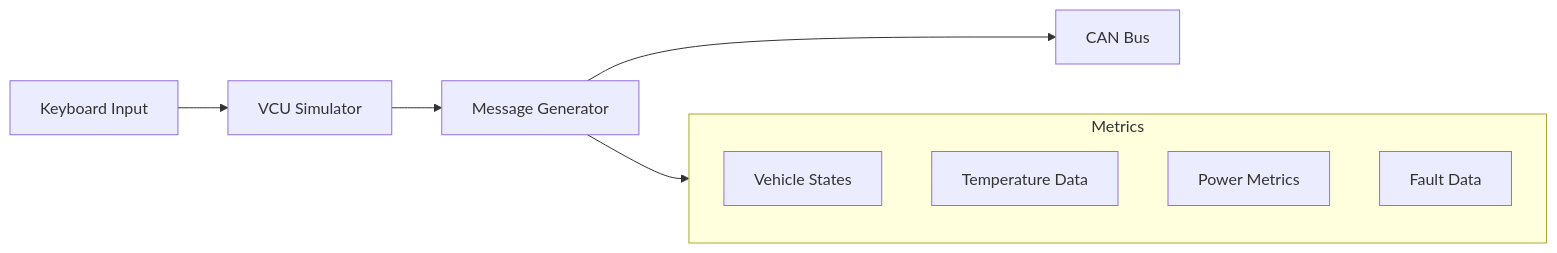
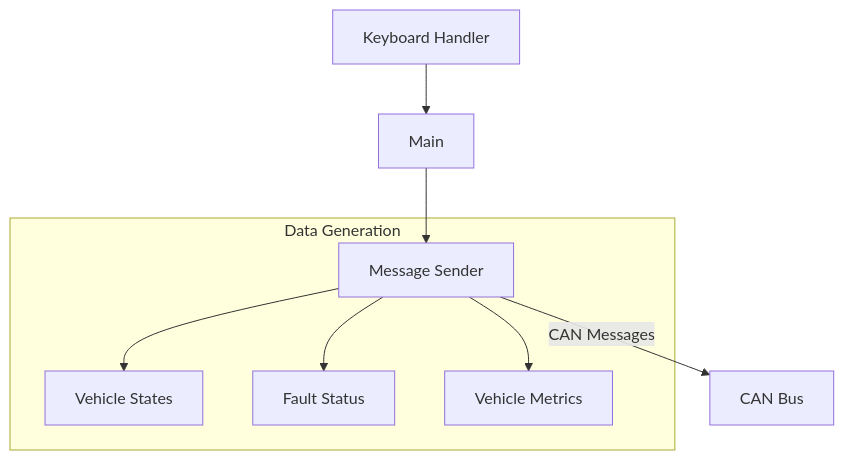
The diagram in README.md (kingmaxkulick/fake_vcu_project), drawn with Mermaid before and after one commit. The commit also changed other lines of this file, not shown here.

````diff
--- a/README.md
+++ b/README.md
@@ -15,13 +16,12 @@
 ```mermaid
-graph LR
-    KB[Keyboard Input] --> VCU[VCU Simulator]
-    VCU --> MSG[Message Generator]
-    MSG --> CAN[CAN Bus]
-    subgraph Metrics
-        M1[Vehicle States]
-        M2[Temperature Data]
-        M3[Power Metrics]
-        M4[Fault Data]
+graph TB
+    KB[Keyboard Handler] --> Main
+    Main --> MS[Message Sender]
+    MS -->|CAN Messages| Bus[CAN Bus]
+    
+    subgraph Data Generation
+        MS --> States[Vehicle States]
+        MS --> Faults[Fault Status]
+        MS --> Metrics[Vehicle Metrics]
     end
-    MSG --> Metrics
 ```
````
